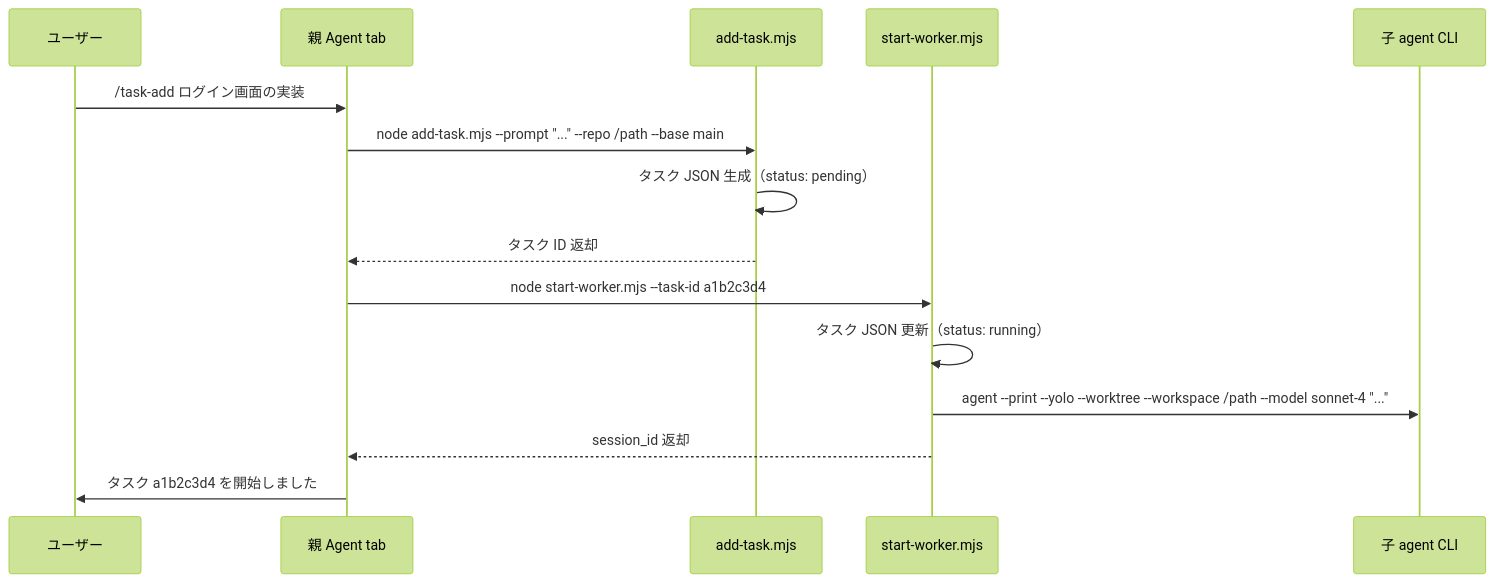
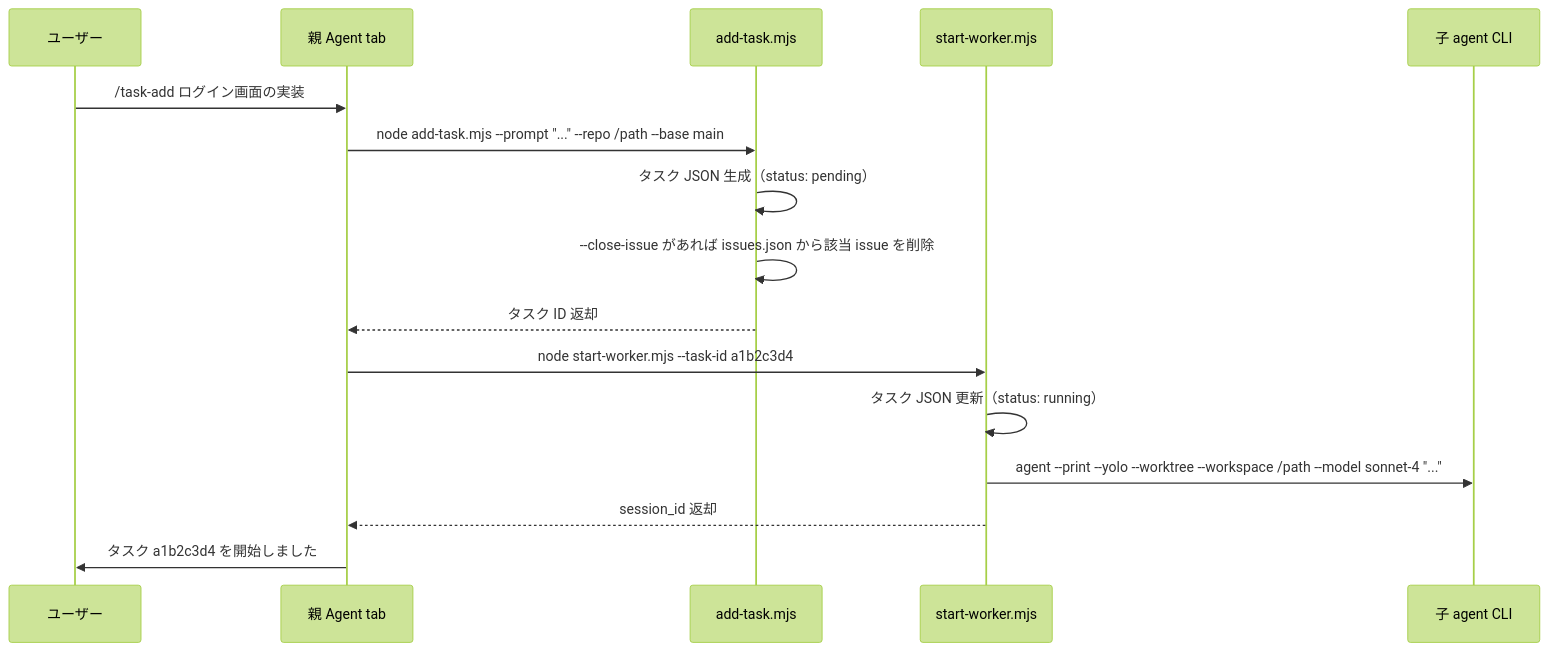
The third of 12 diagrams in DESIGN.md (retocrooman/cursor-power), drawn with Mermaid (forest theme) before and after one commit. The commit also changed 4 other files, not shown here.

First line of the commit message:
feat(task-add): add --close-issue option to remove issue on task creation

````diff
--- a/DESIGN.md
+++ b/DESIGN.md
@@ -264,18 +264,19 @@
 ```mermaid
 sequenceDiagram
   participant U as ユーザー
   participant P as 親 Agent tab
   participant S as add-task.mjs
   participant W as start-worker.mjs
   participant C as 子 agent CLI
 
   U->>P: /task-add ログイン画面の実装
   P->>S: node add-task.mjs --prompt "..." --repo /path --base main
   S->>S: タスク JSON 生成（status: pending）
+  S->>S: --close-issue があれば issues.json から該当 issue を削除
   S-->>P: タスク ID 返却
   P->>W: node start-worker.mjs --task-id a1b2c3d4
   W->>W: タスク JSON 更新（status: running）
   W->>C: agent --print --yolo --worktree --workspace /path --model sonnet-4 "..."
   W-->>P: session_id 返却
   P->>U: タスク a1b2c3d4 を開始しました
 ```
````
